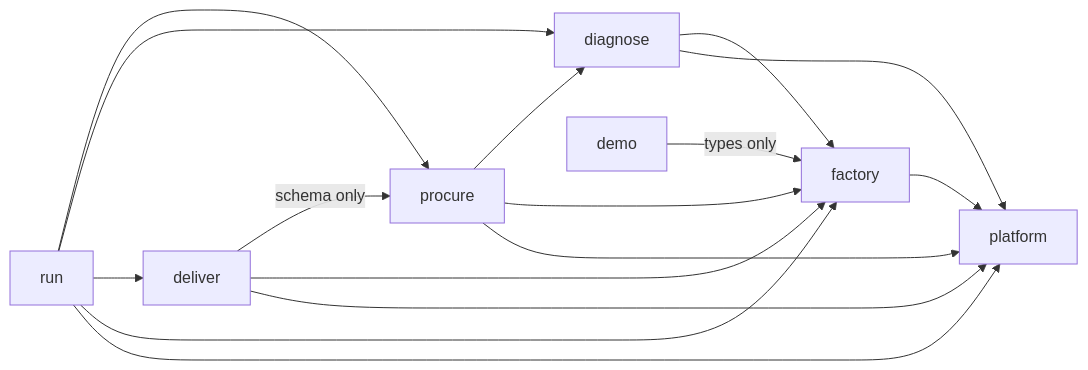
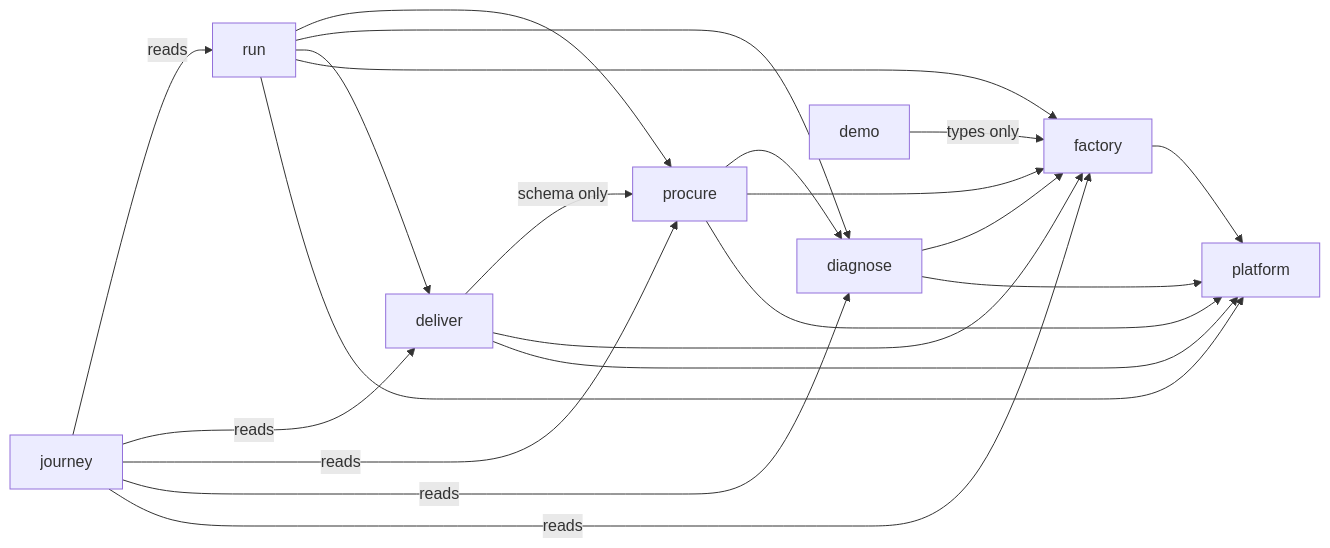
The third of 10 diagrams in docs/design/HLD.md (nakul175/aplyd-msme-platform), drawn with Mermaid before and after one commit. The commit also changed other lines of this file and 23 other files, not shown here.

````diff
--- a/docs/design/HLD.md
+++ b/docs/design/HLD.md
@@ -176,18 +176,23 @@
 ```mermaid
 flowchart LR
   factory --> platform
   diagnose --> platform
   diagnose --> factory
   procure --> platform
   procure --> factory
   procure --> diagnose
   deliver --> platform
   deliver --> factory
   deliver -->|"schema only"| procure
   run --> platform
   run --> factory
   run --> deliver
   run --> diagnose
   run --> procure
   demo -->|"types only"| factory
+  journey -->|"reads"| factory
+  journey -->|"reads"| diagnose
+  journey -->|"reads"| procure
+  journey -->|"reads"| deliver
+  journey -->|"reads"| run
 ```
````
